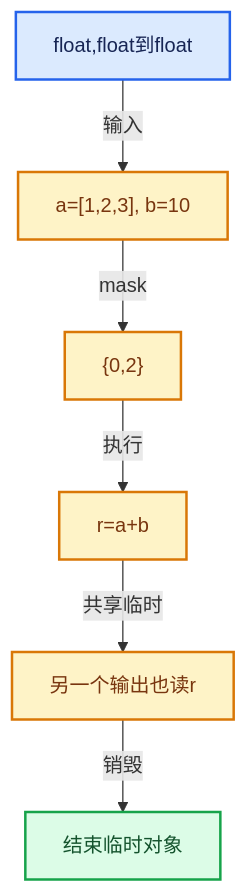
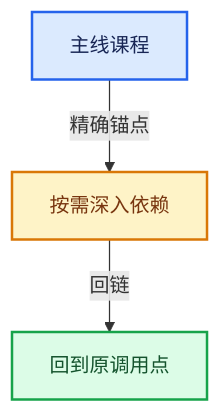
One commit to yunkezengren/blender-.vscode changed the second of 2 diagrams in 杂/markdown/全面学习-codex/07-MultiFunction与批量执行/README.md. Above: the diagram before and after it, drawn with Mermaid. The commit also changed other lines of this file and 1930 other files, not shown here.

````diff
--- a/杂/markdown/全面学习-codex/07-MultiFunction与批量执行/README.md
+++ b/杂/markdown/全面学习-codex/07-MultiFunction与批量执行/README.md
@@ -50,20 +43,14 @@
 ```mermaid
 flowchart TB
-  T0["float,float到float"]:::input
-  T1["a=[1,2,3], b=10"]:::compute
-  T2["{0,2}"]:::compute
-  T3["r=a+b"]:::compute
-  T4["另一个输出也读r"]:::compute
-  T5["结束临时对象"]:::result
-  T0 -->|"输入"| T1
-  T1 -->|"mask"| T2
-  T2 -->|"执行"| T3
-  T3 -->|"共享临时"| T4
-  T4 -->|"销毁"| T5
+  P["主线课程"]:::input
+  D["按需深入依赖"]:::compute
+  R["回到原调用点"]:::result
+  P -->|"精确锚点"| D
+  D -->|"回链"| R
   classDef input fill:#DBEAFE,stroke:#2563EB,color:#172554,stroke-width:2px;
   classDef data fill:#CFFAFE,stroke:#0891B2,color:#164E63,stroke-width:2px;
   classDef abstraction fill:#EDE9FE,stroke:#7C3AED,color:#3B0764,stroke-width:2px;
   classDef compute fill:#FEF3C7,stroke:#D97706,color:#78350F,stroke-width:2px;
   classDef result fill:#DCFCE7,stroke:#16A34A,color:#14532D,stroke-width:2px;
   classDef error fill:#FEE2E2,stroke:#DC2626,color:#7F1D1D,stroke-width:2px;
 ```
````
